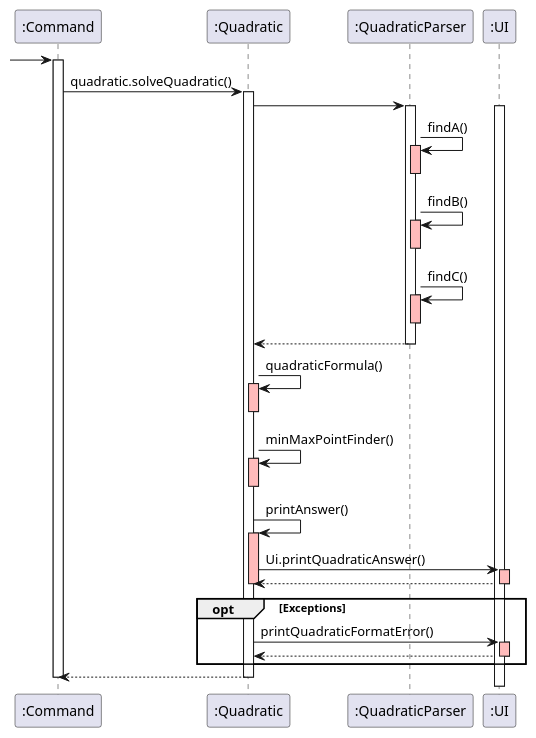
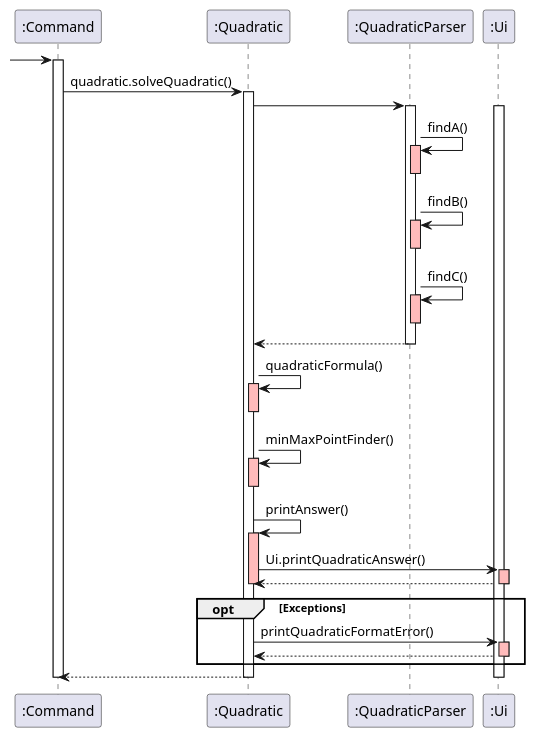
One commit to nus-cs2113-AY2223S2/tp changed the diagram in docs/UmlFiles/QuadraticSolver.puml. Above: the diagram before and after it, drawn with PlantUML. The commit also changed 3 other files, not shown here.

Commit message:
fixed Quadratic sequence diagram and user stories formating

```diff
--- a/docs/UmlFiles/QuadraticSolver.puml
+++ b/docs/UmlFiles/QuadraticSolver.puml
@@ -1,43 +1,44 @@
 @startuml
 'https://plantuml.com/sequence-diagram
 -> ":Command"
 activate ":Command"
 ":Command" -> ":Quadratic": quadratic.solveQuadratic()
 activate ":Quadratic"
 ":Quadratic" -> ":QuadraticParser"
 activate ":QuadraticParser"
-activate ":UI"
+activate ":Ui"
 ":QuadraticParser" -> ":QuadraticParser" : findA()
 activate ":QuadraticParser" #FFBBBB
 deactivate ":QuadraticParser"
 ":QuadraticParser" -> ":QuadraticParser" : findB()
 activate ":QuadraticParser" #FFBBBB
 deactivate ":QuadraticParser"
 ":QuadraticParser" -> ":QuadraticParser" : findC()
 activate ":QuadraticParser" #FFBBBB
 deactivate ":QuadraticParser"
 ":QuadraticParser" --> ":Quadratic"
 deactivate ":QuadraticParser"
 ":Quadratic" -> ":Quadratic": quadraticFormula()
 activate ":Quadratic" #FFBBBB
 deactivate ":Quadratic"
 ":Quadratic" -> ":Quadratic": minMaxPointFinder()
 activate ":Quadratic" #FFBBBB
 deactivate ":Quadratic"
 ":Quadratic" -> ":Quadratic": printAnswer()
 activate ":Quadratic" #FFBBBB
-":Quadratic" -> ":UI": Ui.printQuadraticAnswer()
-activate ":UI" #FFBBBB
-":UI" --> ":Quadratic"
-deactivate ":UI"
+":Quadratic" -> ":Ui": Ui.printQuadraticAnswer()
+activate ":Ui" #FFBBBB
+":Ui" --> ":Quadratic"
+deactivate ":Ui"
 deactivate ":Quadratic"
 opt Exceptions
-":Quadratic" -> ":UI": printQuadraticFormatError()
-activate ":UI" #FFBBBB
-":UI" --> ":Quadratic"
-deactivate ":UI"
+":Quadratic" -> ":Ui": printQuadraticFormatError()
+activate ":Ui" #FFBBBB
+":Ui" --> ":Quadratic"
+deactivate ":Ui"
 end opt
 ":Quadratic" --> ":Command"
 deactivate ":Quadratic"
 deactivate ":Command"
+deactivate ":Ui"
 @enduml
```
